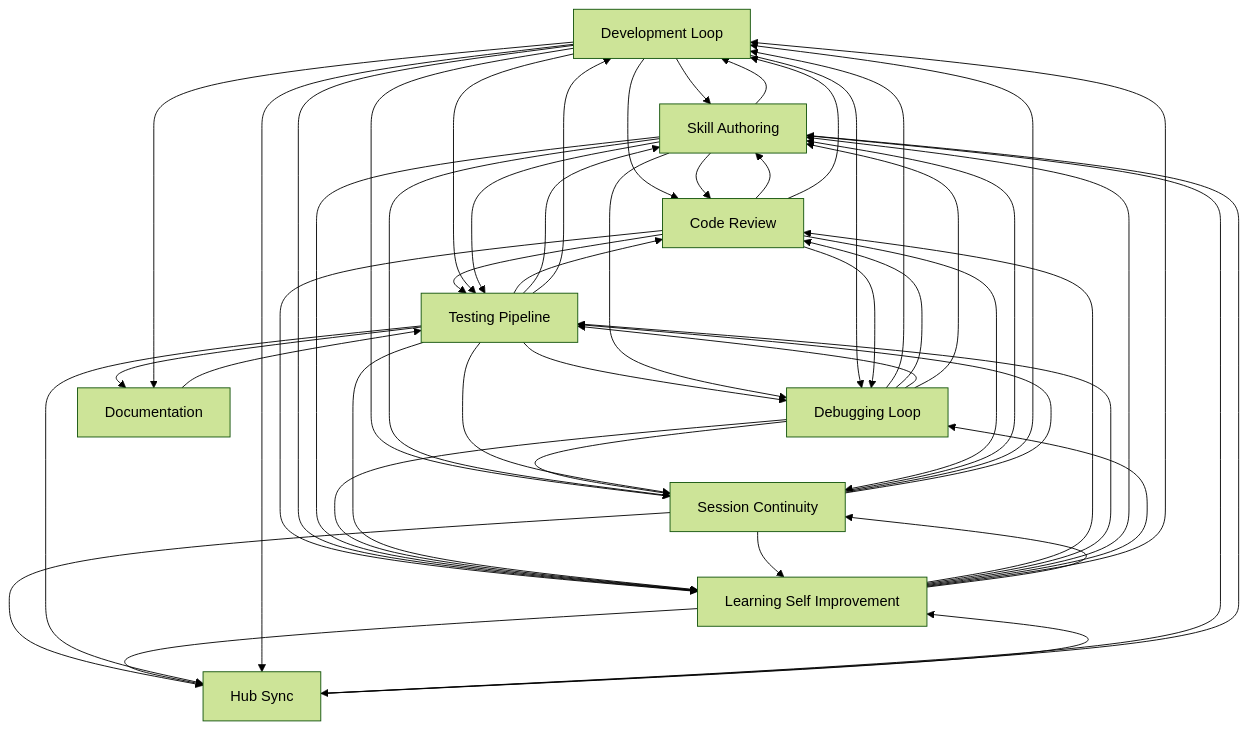
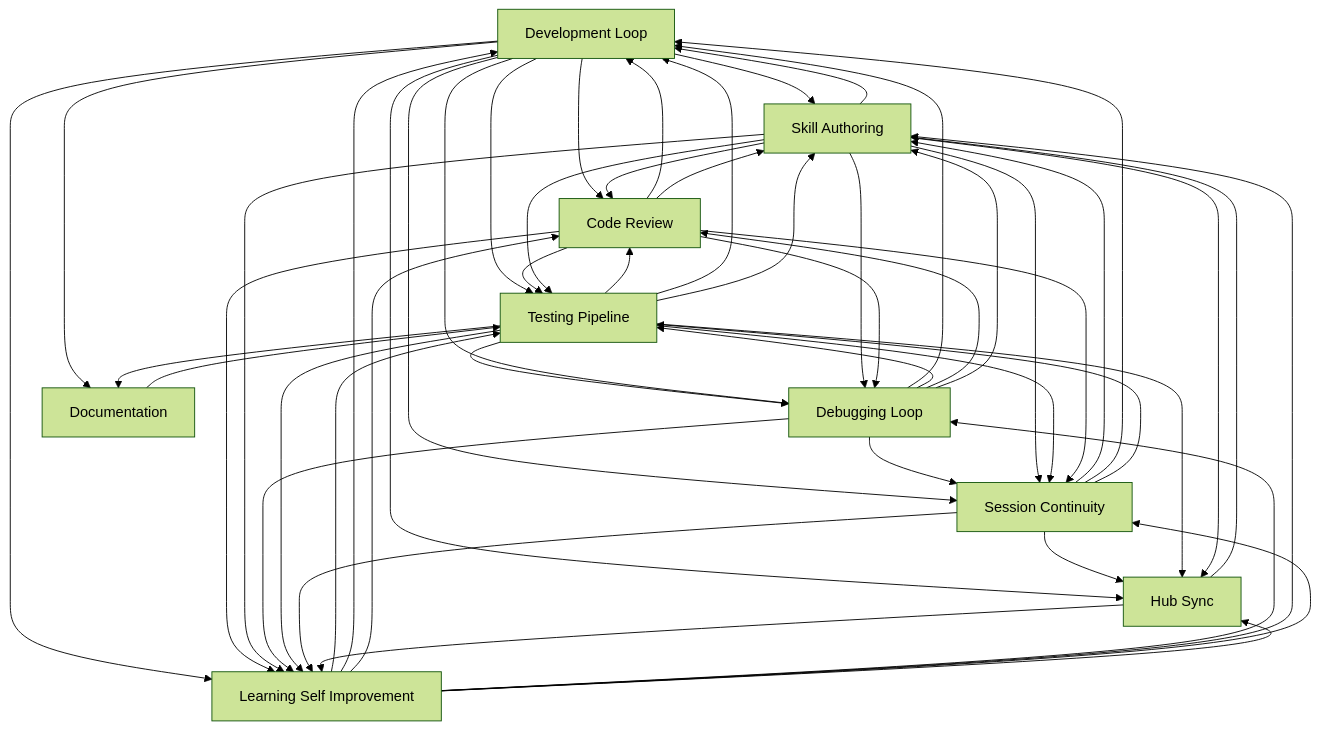
One commit to abhayla/claude-best-practices changed the diagram in docs/workflows/INDEX.md. Above: the diagram before and after it, drawn with Mermaid (forest theme). The commit also changed other lines of this file and 11 other files, not shown here.

````diff
--- a/docs/workflows/INDEX.md
+++ b/docs/workflows/INDEX.md
@@ -21,62 +21,62 @@
 ```mermaid
 graph TD
     development_loop[Development Loop]
     testing_pipeline[Testing Pipeline]
     debugging_loop[Debugging Loop]
     learning_self_improvement[Learning Self Improvement]
     session_continuity[Session Continuity]
     skill_authoring[Skill Authoring]
     code_review[Code Review]
     documentation[Documentation]
     hub_sync[Hub Sync]
     documentation --> testing_pipeline
-    code_review --> skill_authoring
-    code_review --> development_loop
     development_loop --> skill_authoring
     development_loop --> code_review
+    code_review --> development_loop
+    code_review --> skill_authoring
+    development_loop --> testing_pipeline
+    development_loop --> learning_self_improvement
     code_review --> testing_pipeline
     code_review --> learning_self_improvement
-    development_loop --> testing_pipeline
-    development_loop --> learning_self_improvement
     testing_pipeline --> code_review
     testing_pipeline --> debugging_loop
+    testing_pipeline --> development_loop
     testing_pipeline --> skill_authoring
-    testing_pipeline --> development_loop
+    skill_authoring --> development_loop
     skill_authoring --> code_review
-    skill_authoring --> development_loop
     skill_authoring --> testing_pipeline
     skill_authoring --> learning_self_improvement
     development_loop --> session_continuity
+    debugging_loop --> development_loop
+    debugging_loop --> session_continuity
     skill_authoring --> session_continuity
-    debugging_loop --> session_continuity
-    debugging_loop --> development_loop
     testing_pipeline --> session_continuity
-    skill_authoring --> debugging_loop
+    debugging_loop --> testing_pipeline
     debugging_loop --> code_review
-    debugging_loop --> testing_pipeline
     debugging_loop --> skill_authoring
     development_loop --> debugging_loop
+    skill_authoring --> debugging_loop
     debugging_loop --> learning_self_improvement
     testing_pipeline --> learning_self_improvement
+    learning_self_improvement --> testing_pipeline
+    learning_self_improvement --> development_loop
     learning_self_improvement --> code_review
-    learning_self_improvement --> testing_pipeline
+    learning_self_improvement --> debugging_loop
     learning_self_improvement --> skill_authoring
-    learning_self_improvement --> debugging_loop
-    learning_self_improvement --> development_loop
     code_review --> debugging_loop
     code_review --> session_continuity
     learning_self_improvement --> session_continuity
+    development_loop --> hub_sync
     session_continuity --> skill_authoring
+    session_continuity --> hub_sync
     session_continuity --> learning_self_improvement
-    session_continuity --> hub_sync
+    testing_pipeline --> hub_sync
     learning_self_improvement --> hub_sync
-    testing_pipeline --> hub_sync
-    development_loop --> hub_sync
+    development_loop --> documentation
     testing_pipeline --> documentation
-    development_loop --> documentation
     session_continuity --> development_loop
     session_continuity --> testing_pipeline
     skill_authoring --> hub_sync
     hub_sync --> skill_authoring
     hub_sync --> learning_self_improvement
 ```
````
